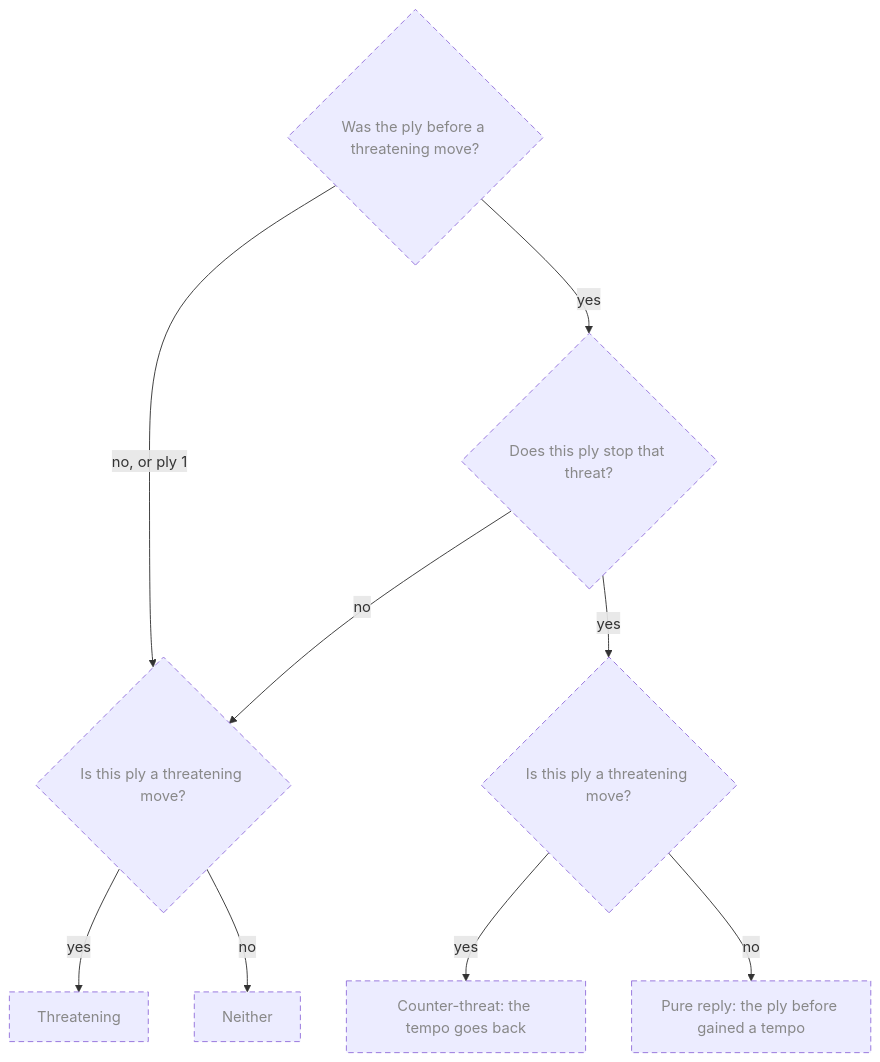
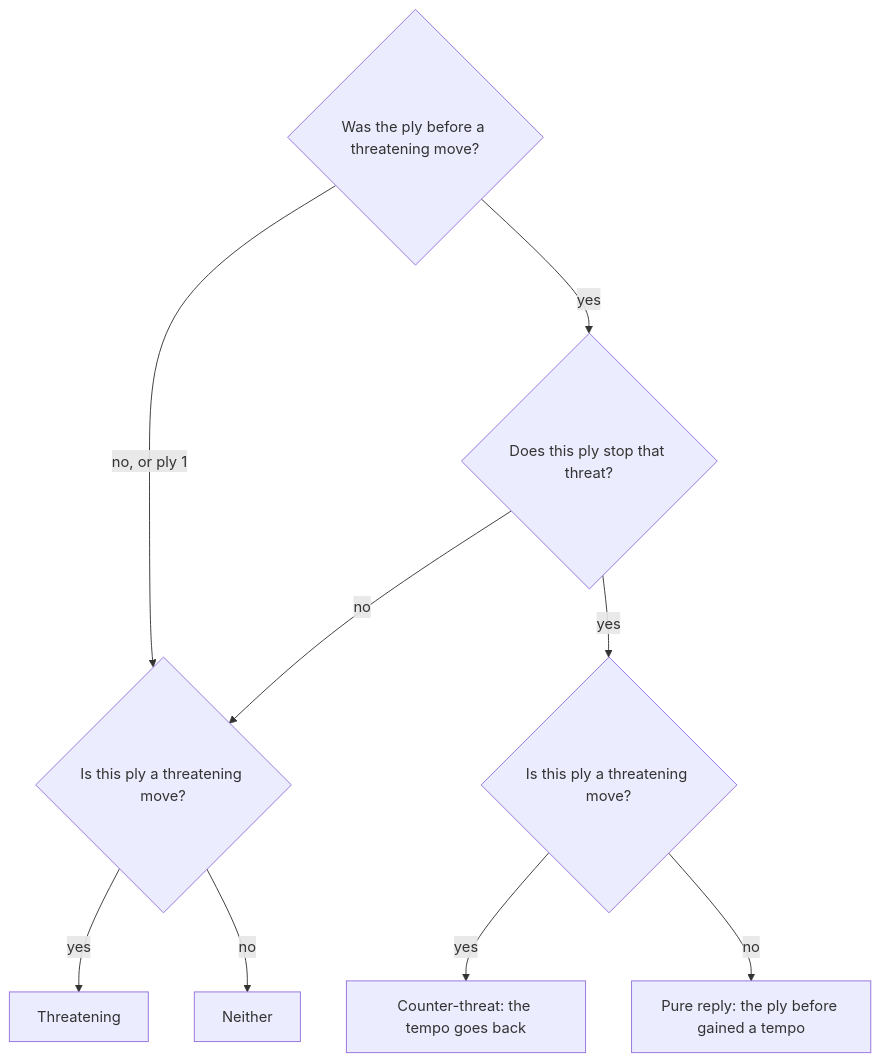
One commit to aurja/ChessWhy changed diagram 24 of 25 in Planning/DBC/CONCEPTS.md. Above: the diagram before and after it, drawn with Mermaid. The commit also changed other lines of this file and 39 other files, not shown here.

````diff
--- a/Planning/DBC/CONCEPTS.md
+++ b/Planning/DBC/CONCEPTS.md
@@ -1098,23 +1093,22 @@
 ```mermaid
 flowchart TD
     PlFirst{"Was the ply before a threatening move?"}
     PlStops{"Does this ply stop that threat?"}
     PlOwn{"Is this ply a threatening move?"}
     PlCounter{"Is this ply a threatening move?"}
     PlThreatening["Threatening"]
     PlNeither["Neither"]
     PlCounterThreat["Counter-threat: the tempo goes back"]
     PlPure["Pure reply: the ply before gained a tempo"]
     PlFirst -->|no, or ply 1| PlOwn
     PlFirst -->|yes| PlStops
     PlStops -->|no| PlOwn
     PlStops -->|yes| PlCounter
     PlOwn -->|yes| PlThreatening
     PlOwn -->|no| PlNeither
     PlCounter -->|yes| PlCounterThreat
     PlCounter -->|no| PlPure
     classDef planned stroke-dasharray:6 4,color:#888
     classDef partial stroke-dasharray:2 2
     classDef external stroke-dasharray:1 3,color:#999
-    class PlFirst,PlStops,PlOwn,PlCounter,PlThreatening,PlNeither,PlCounterThreat,PlPure planned
 ```
````
